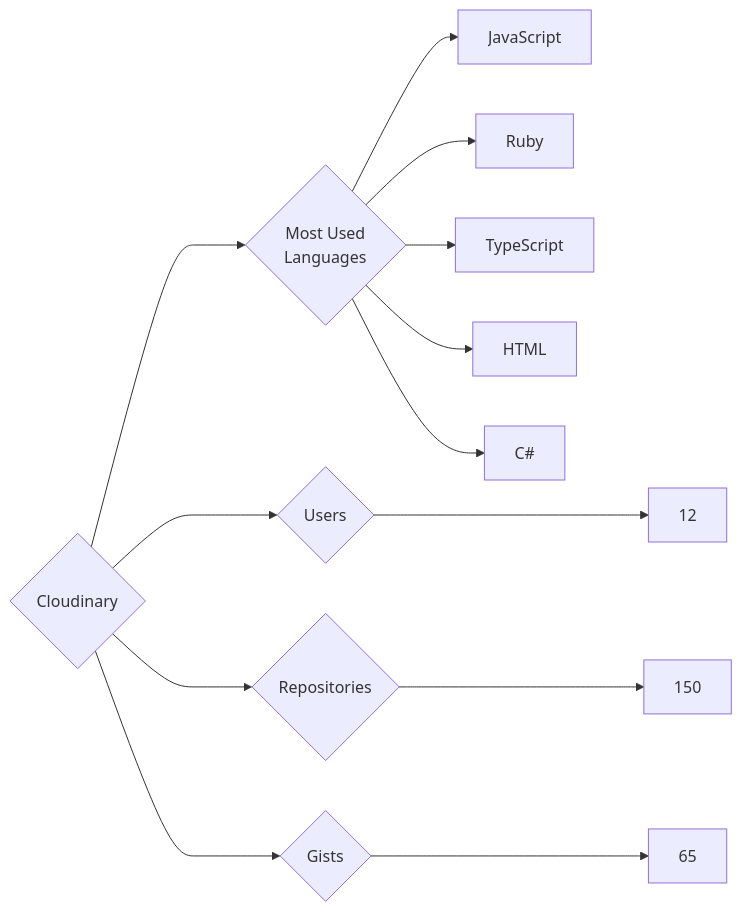
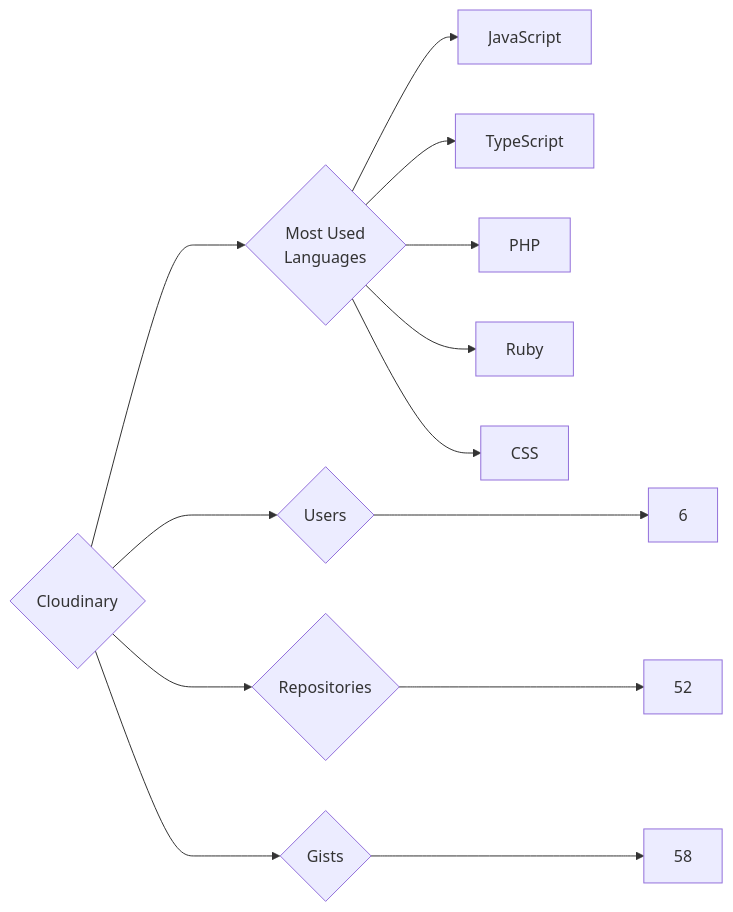
The diagram in targets/Cloudinary/README.md (trickest/insiders), drawn with Mermaid before and after one commit. The commit also changed 891 other files, not shown here.

````diff
--- a/targets/Cloudinary/README.md
+++ b/targets/Cloudinary/README.md
@@ -3,13 +3,13 @@
 ```mermaid
 graph LR
 COMPANY_NAME{Cloudinary}
-COMPANY_NAME ---> U{Users} ---> UN[12]
-COMPANY_NAME ---> R{Repositories} ---> RN[150]
-COMPANY_NAME ---> G{Gists} ---> GN[65]
+COMPANY_NAME ---> U{Users} ---> UN[6]
+COMPANY_NAME ---> R{Repositories} ---> RN[52]
+COMPANY_NAME ---> G{Gists} ---> GN[58]
 COMPANY_NAME ---> ML{Most Used<br>Languages}
 ML --> JavaScript[JavaScript]
+ML --> TypeScript[TypeScript]
+ML --> PHP[PHP]
 ML --> Ruby[Ruby]
-ML --> TypeScript[TypeScript]
-ML --> HTML[HTML]
-ML --> C#[C#]
+ML --> CSS[CSS]
 ```
````
